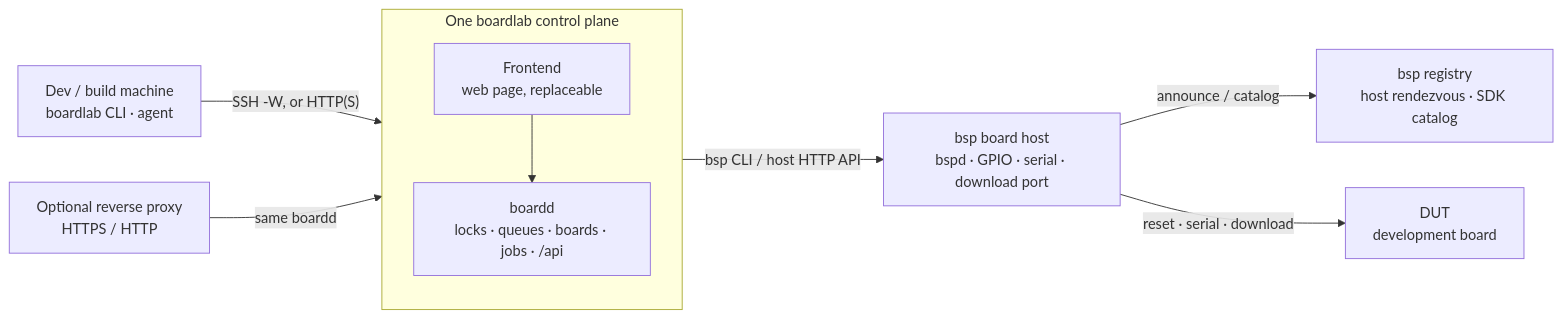
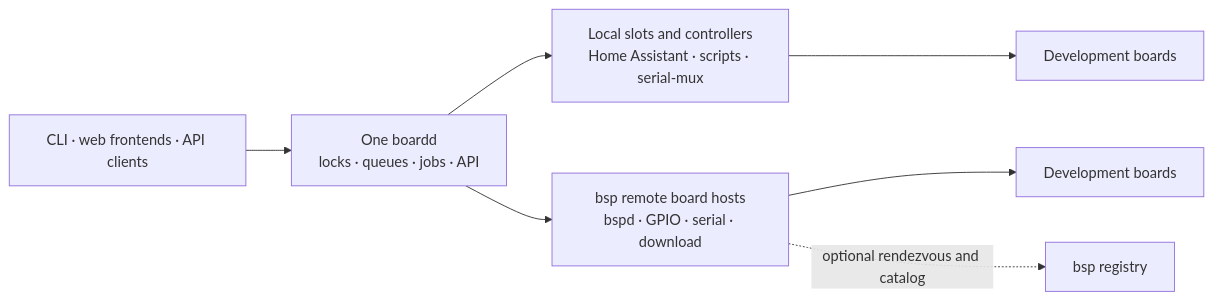
The diagram in README.md (rzbdz/better-boardlab), drawn with Mermaid before and after one commit. The commit also changed other lines of this file and 12 other files, not shown here.

````diff
--- a/README.md
+++ b/README.md
@@ -25,19 +31,9 @@
 ```mermaid
 flowchart LR
-  dev["Dev / build machine<br/>boardlab CLI · agent"]
-  proxy["Optional reverse proxy<br/>HTTPS / HTTP"]
-  subgraph central["One boardlab control plane"]
-    direction TB
-    ui["Frontend<br/>web page, replaceable"]
-    api["boardd<br/>locks · queues · boards · jobs · /api"]
-    ui --> api
-  end
-  host["bsp board host<br/>bspd · GPIO · serial · download port"]
-  registry["bsp registry<br/>host rendezvous · SDK catalog"]
-  dut["DUT<br/>development board"]
-  dev -- "SSH -W, or HTTP(S)" --> api
-  proxy -- "same boardd" --> api
-  api -- "bsp CLI / host HTTP API" --> host
-  host -- "announce / catalog" --> registry
-  host -- "reset · serial · download" --> dut
+  clients["CLI · web frontends · API clients"] --> boardd["One boardd<br/>locks · queues · jobs · API"]
+  boardd --> local["Local slots and controllers<br/>Home Assistant · scripts · serial-mux"]
+  boardd --> hosts["bsp remote board hosts<br/>bspd · GPIO · serial · download"]
+  local --> localBoards["Development boards"]
+  hosts --> remoteBoards["Development boards"]
+  hosts -. "optional rendezvous and catalog" .-> registry["bsp registry"]
 ```
````
